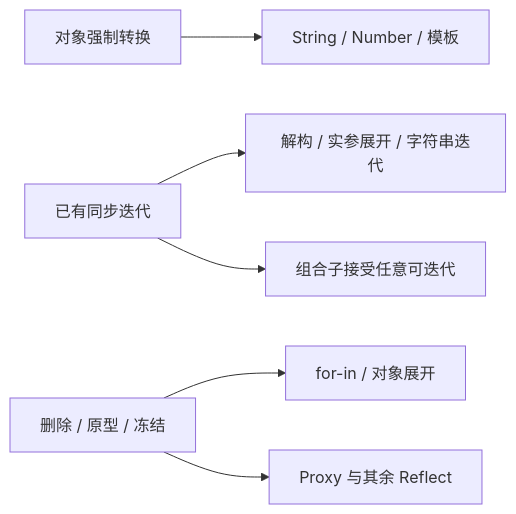
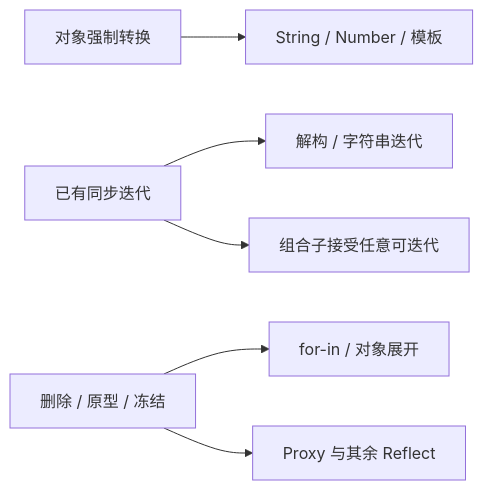
Before and after one commit to codehz/yield-js: the diagram in docs/gaps.md, drawn with Mermaid. The commit also changed other lines of this file and 10 other files, not shown here.

````diff
--- a/docs/gaps.md
+++ b/docs/gaps.md
@@ -95,8 +95,8 @@
 ```mermaid
 flowchart LR
   C[对象强制转换] --> S[String / Number / 模板]
-  I[已有同步迭代] --> D[解构 / 实参展开 / 字符串迭代]
+  I[已有同步迭代] --> D[解构 / 字符串迭代]
   I --> P[组合子接受任意可迭代]
   K[删除 / 原型 / 冻结] --> N[for-in / 对象展开]
   K --> R[Proxy 与其余 Reflect]
 ```
````
